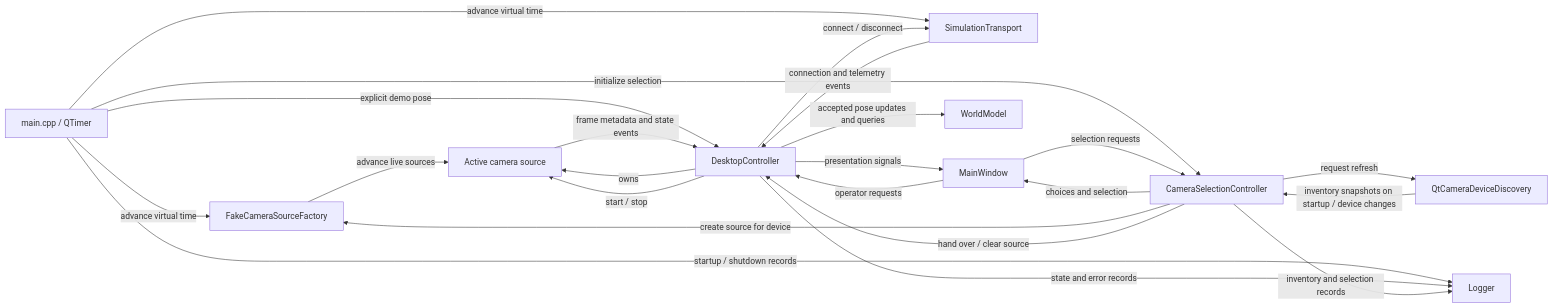
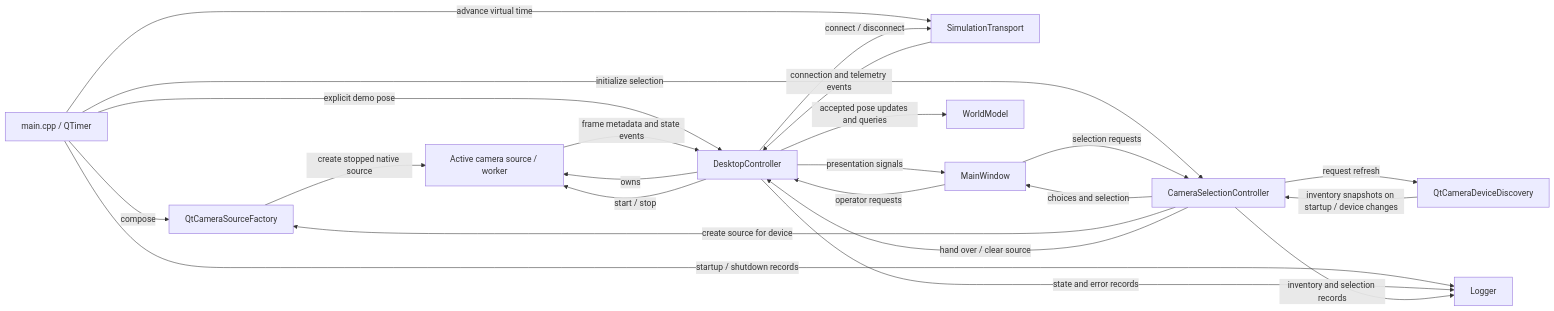
The diagram in Mini_Robot/docs/overview/architecture.md (Krzys2002/Mini_Robot), drawn with Mermaid before and after one commit. The commit also changed other lines of this file and 17 other files, not shown here.

````diff
--- a/Mini_Robot/docs/overview/architecture.md
+++ b/Mini_Robot/docs/overview/architecture.md
@@ -72,25 +72,25 @@
 ```mermaid
 flowchart LR
-    Main[main.cpp / QTimer] -->|advance virtual time| Factory[FakeCameraSourceFactory]
-    Factory -->|advance live sources| Camera[Active camera source]
+    Main[main.cpp / QTimer] -->|compose| Factory[QtCameraSourceFactory]
+    Factory -->|create stopped native source| Camera[Active camera source / worker]
     Main -->|advance virtual time| Transport[SimulationTransport]
     Main -->|initialize selection| Selection[CameraSelectionController]
     Selection -->|request refresh| Discovery[QtCameraDeviceDiscovery]
     Discovery -->|inventory snapshots on startup / device changes| Selection
     Selection -->|choices and selection| UI[MainWindow]
     UI -->|selection requests| Selection
     Selection -->|create source for device| Factory
     Selection -->|hand over / clear source| Controller
     Main -->|explicit demo pose| Controller[DesktopController]
     Controller -->|owns| Camera
     Camera -->|frame metadata and state events| Controller
     Transport -->|connection and telemetry events| Controller
     UI -->|operator requests| Controller
     Controller -->|start / stop| Camera
     Controller -->|connect / disconnect| Transport
     Controller -->|accepted pose updates and queries| World[WorldModel]
     Controller -->|presentation signals| UI
     Main -->|startup / shutdown records| Log[Logger]
     Controller -->|state and error records| Log
     Selection -->|inventory and selection records| Log
 ```
````
